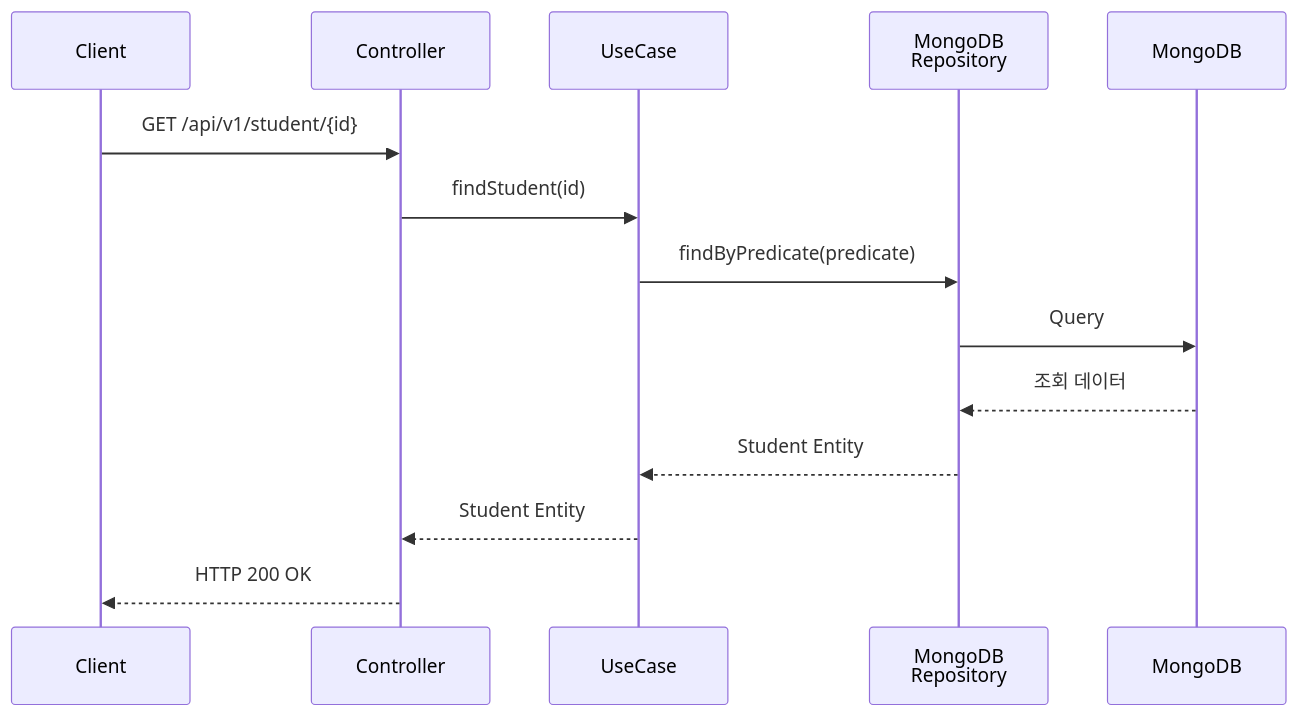
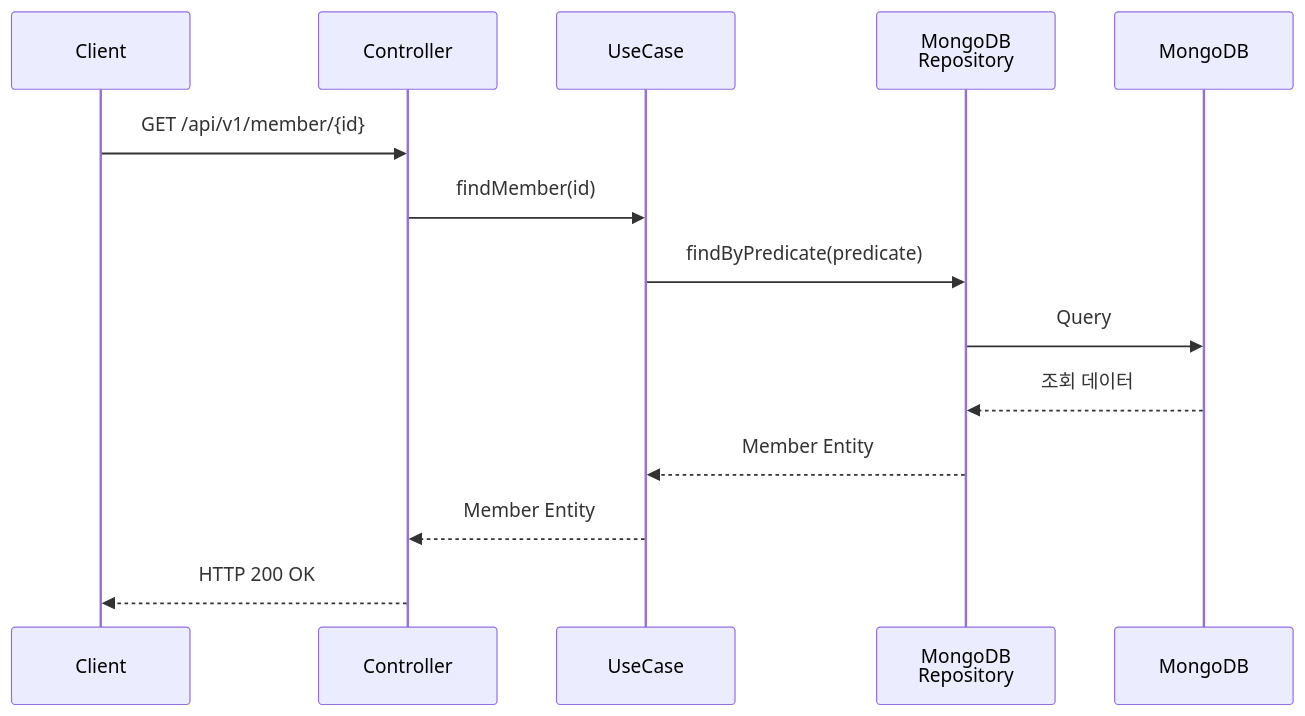
Before and after one commit to JiYoonKimjimmy/demo-ams: the fourth of 9 diagrams in docs/01_ams_system_architecture.md, drawn with Mermaid. The commit also changed other lines of this file and 1 other file, not shown here.

````diff
--- a/docs/01_ams_system_architecture.md
+++ b/docs/01_ams_system_architecture.md
@@ -362,17 +362,17 @@
 ```mermaid
 sequenceDiagram
     participant Client
     participant Controller
     participant UseCase
     participant MongoRepo as MongoDB<br/>Repository
     participant MongoDB
 
-    Client->>Controller: GET /api/v1/student/{id}
-    Controller->>UseCase: findStudent(id)
+    Client->>Controller: GET /api/v1/member/{id}
+    Controller->>UseCase: findMember(id)
     UseCase->>MongoRepo: findByPredicate(predicate)
     MongoRepo->>MongoDB: Query
     MongoDB-->>MongoRepo: 조회 데이터
-    MongoRepo-->>UseCase: Student Entity
-    UseCase-->>Controller: Student Entity
+    MongoRepo-->>UseCase: Member Entity
+    UseCase-->>Controller: Member Entity
     Controller-->>Client: HTTP 200 OK
 ```
````
